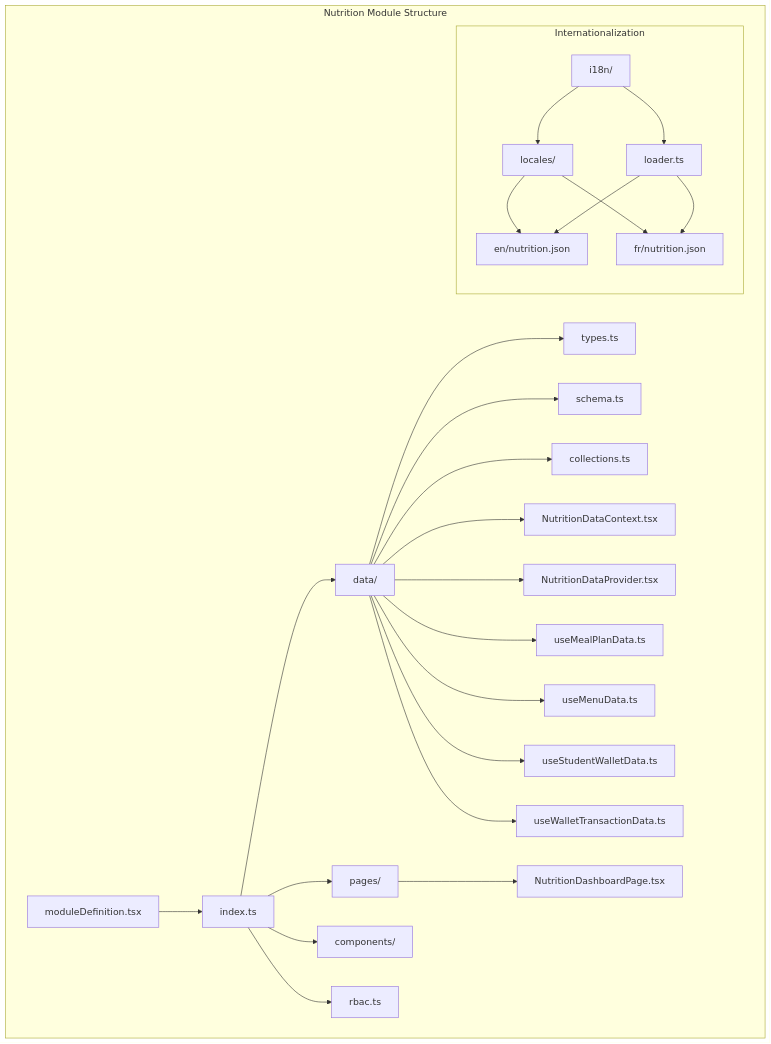
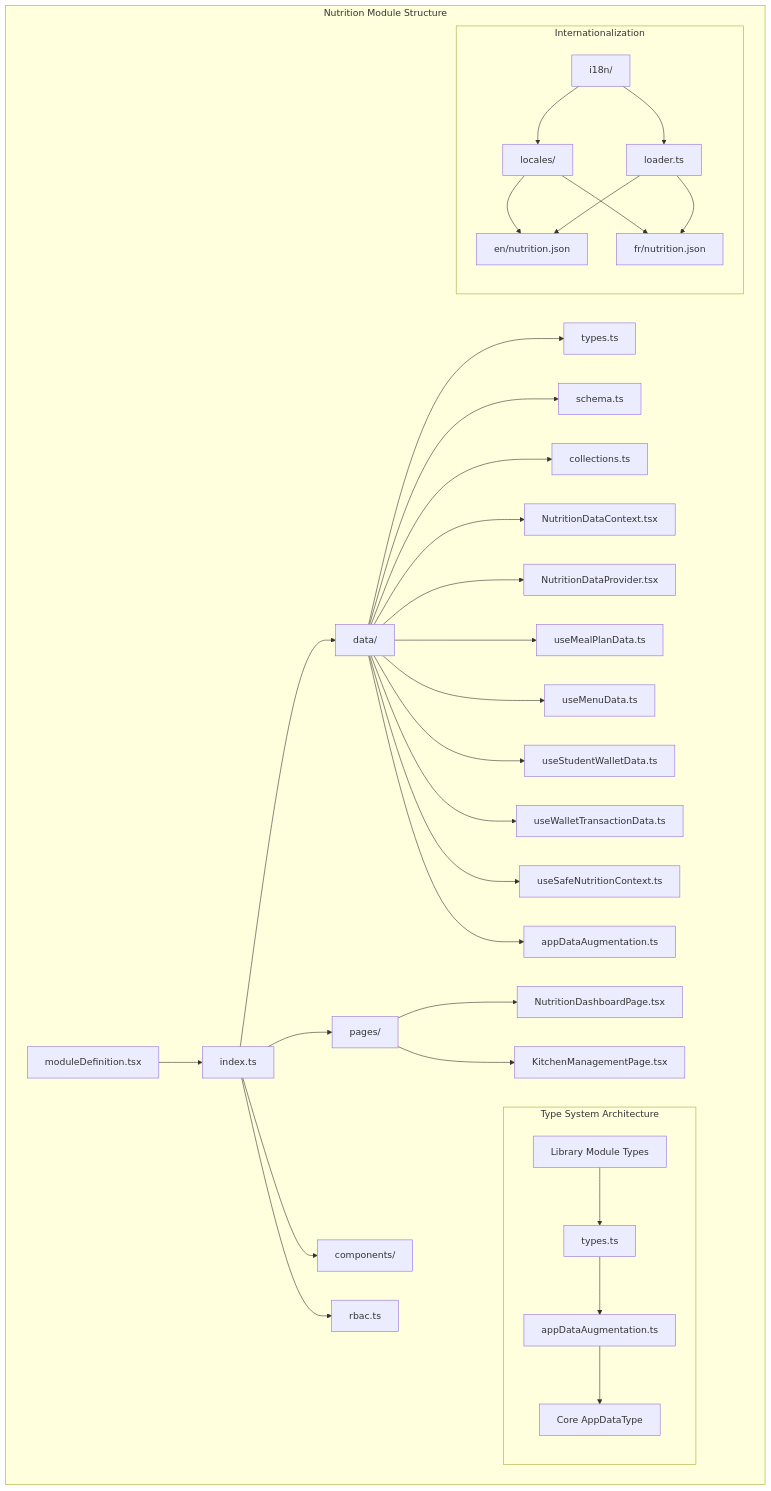
The first of 13 diagrams in .qoder/repowiki/en/content/Modules System/Nutrition Module.md (geniusdynamics/schoolpilot), drawn with Mermaid before and after one commit. The commit also changed other lines of this file and 54 other files, not shown here.

````diff
--- a/.qoder/repowiki/en/content/Modules System/Nutrition Module.md
+++ b/.qoder/repowiki/en/content/Modules System/Nutrition Module.md
@@ -64,28 +78,36 @@
 ```mermaid
 graph TB
 subgraph "Nutrition Module Structure"
 A[moduleDefinition.tsx] --> B[index.ts]
 B --> C[data/]
 B --> D[pages/]
 B --> E[components/]
 B --> F[rbac.ts]
 C --> C1[types.ts]
 C --> C2[schema.ts]
 C --> C3[collections.ts]
 C --> C4[NutritionDataContext.tsx]
 C --> C5[NutritionDataProvider.tsx]
 C --> C6[useMealPlanData.ts]
 C --> C7[useMenuData.ts]
 C --> C8[useStudentWalletData.ts]
 C --> C9[useWalletTransactionData.ts]
+C --> C10[useSafeNutritionContext.ts]
+C --> C11[appDataAugmentation.ts]
 D --> D1[NutritionDashboardPage.tsx]
+D --> D2[KitchenManagementPage.tsx]
+subgraph "Type System Architecture"
+G[Library Module Types] --> H[types.ts]
+H --> I[appDataAugmentation.ts]
+I --> J[Core AppDataType]
+end
 subgraph "Internationalization"
-G[i18n/] --> H[loader.ts]
-G --> I[locales/]
-I --> J[en/nutrition.json]
-I --> K[fr/nutrition.json]
-H --> J
-H --> K
+K[i18n/] --> L[loader.ts]
+K --> M[locales/]
+M --> N[en/nutrition.json]
+M --> O[fr/nutrition.json]
+L --> N
+L --> O
 end
 end
 ```
````
